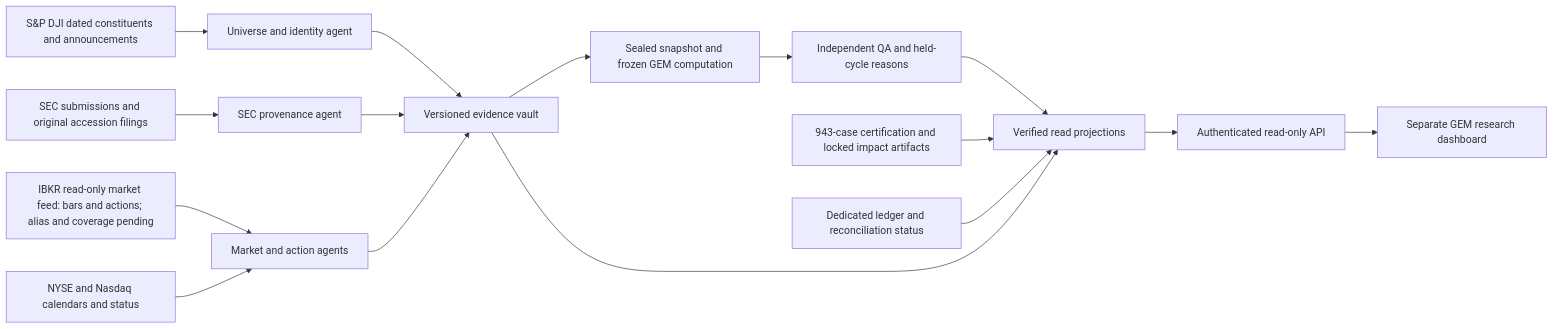
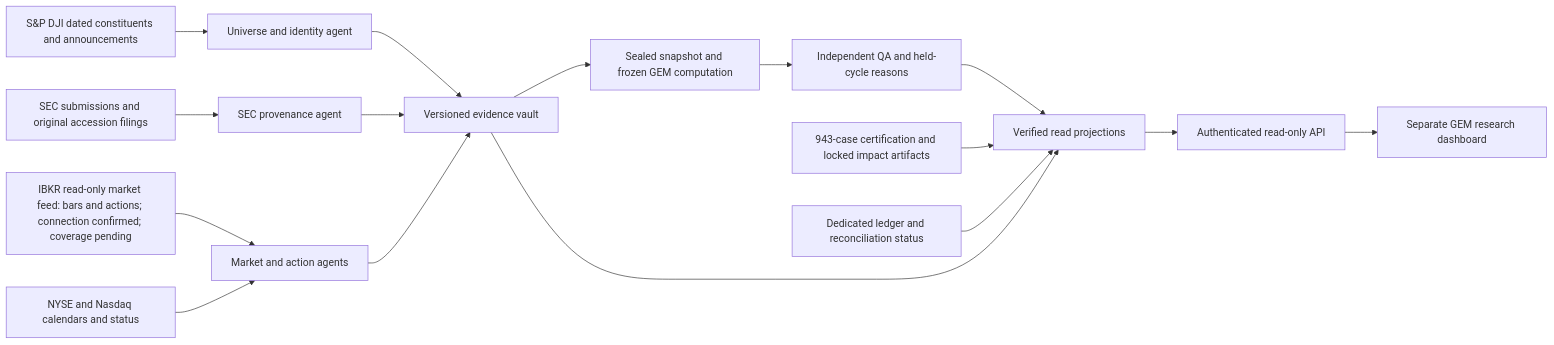
One commit to ankitgarg1234-cell/isk-trading-radar changed the second of 2 diagrams in docs/gem-v1/ARCHITECTURE.md. Above: the diagram before and after it, drawn with Mermaid. The commit also changed other lines of this file and 3 other files, not shown here.

Commit message:
Record user-confirmed IBKR source connection for GEM paper trial

````diff
--- a/docs/gem-v1/ARCHITECTURE.md
+++ b/docs/gem-v1/ARCHITECTURE.md
@@ -35,18 +35,18 @@
 ```mermaid
 flowchart LR
   SP[S&P DJI dated constituents and announcements] --> UA[Universe and identity agent]
   SEC[SEC submissions and original accession filings] --> SA[SEC provenance agent]
-  PX[IBKR read-only market feed: bars and actions; alias and coverage pending] --> MA[Market and action agents]
+  PX[IBKR read-only market feed: bars and actions; connection confirmed; coverage pending] --> MA[Market and action agents]
   EX[NYSE and Nasdaq calendars and status] --> MA
   UA --> V[Versioned evidence vault]
   SA --> V
   MA --> V
   V --> F[Sealed snapshot and frozen GEM computation]
   F --> Q[Independent QA and held-cycle reasons]
   Q --> R[Verified read projections]
   B[943-case certification and locked impact artifacts] --> R
   L[Dedicated ledger and reconciliation status] --> R
   V --> R
   R --> API[Authenticated read-only API]
   API --> D[Separate GEM research dashboard]
 ```
````
